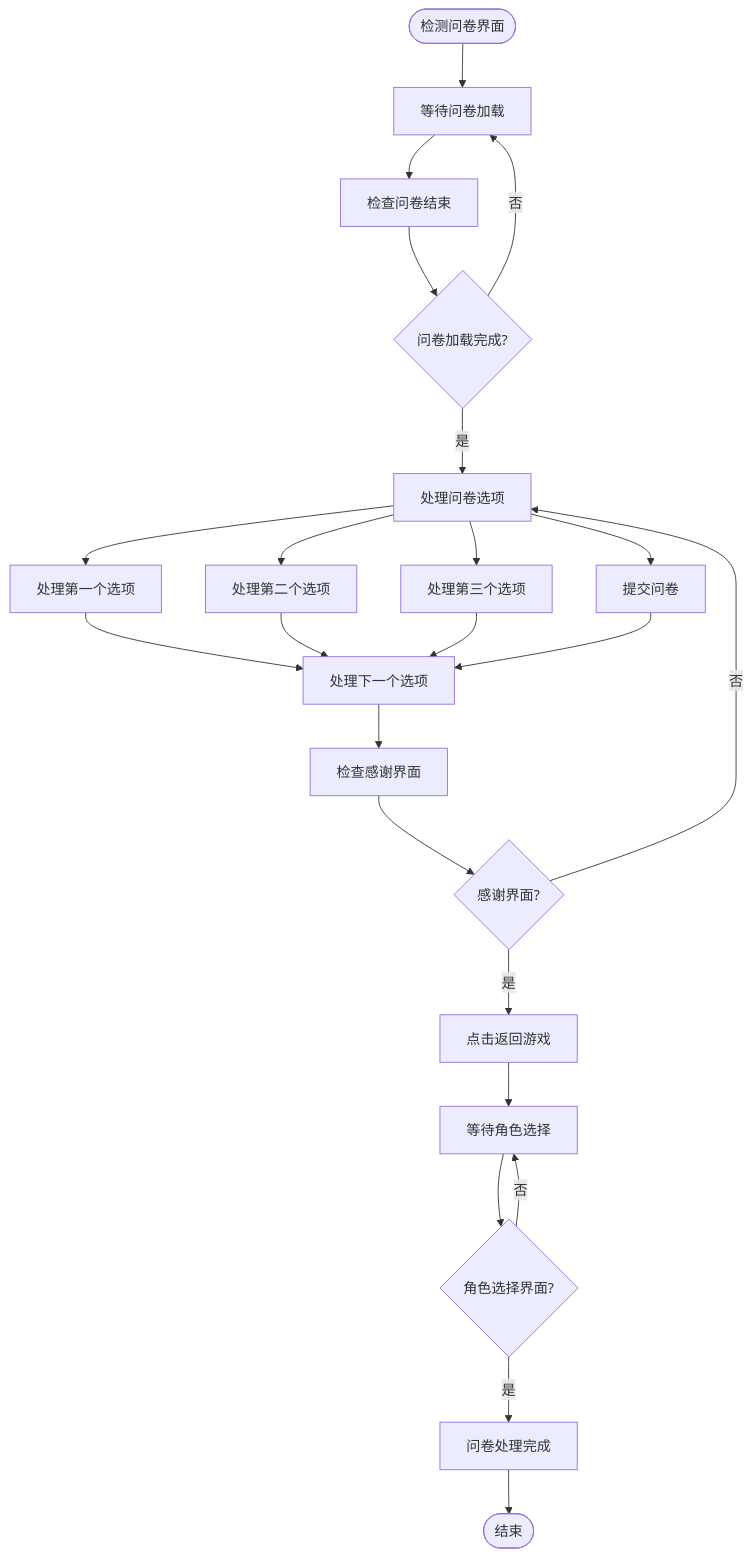
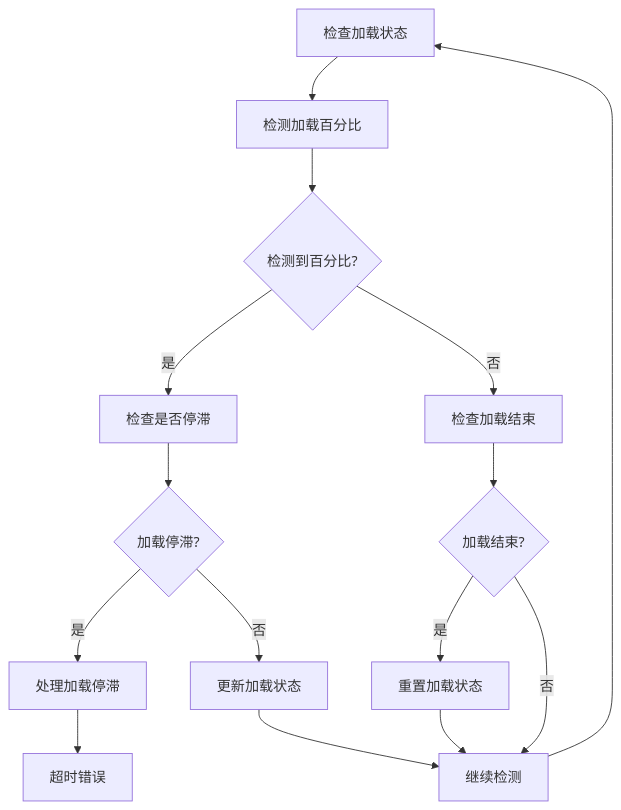
The seventh of 8 diagrams in .qoder/repowiki/zh/content/任务系统/自动登录任务.md (xsy098-max/ok-jump), drawn with Mermaid before and after one commit. The commit also changed other lines of this file and 216 other files, not shown here.

````diff
--- a/.qoder/repowiki/zh/content/任务系统/自动登录任务.md
+++ b/.qoder/repowiki/zh/content/任务系统/自动登录任务.md
@@ -438,25 +299,17 @@
 ```mermaid
 flowchart TD
-Start([检测问卷界面]) --> WaitLoad[等待问卷加载]
-WaitLoad --> CheckEnd[检查问卷结束]
-CheckEnd --> Loaded{问卷加载完成?}
-Loaded --> |否| WaitLoad
-Loaded --> |是| ProcessOptions[处理问卷选项]
-ProcessOptions --> Option1[处理第一个选项]
-ProcessOptions --> Option2[处理第二个选项]
-ProcessOptions --> Option3[处理第三个选项]
-ProcessOptions --> Submit[提交问卷]
-Option1 --> NextOption[处理下一个选项]
-Option2 --> NextOption
-Option3 --> NextOption
-Submit --> NextOption
-NextOption --> CheckThanks[检查感谢界面]
-CheckThanks --> Thanks{感谢界面?}
-Thanks --> |否| ProcessOptions
-Thanks --> |是| ClickReturn[点击返回游戏]
-ClickReturn --> WaitCharacter[等待角色选择]
-WaitCharacter --> Character{角色选择界面?}
-Character --> |是| Complete[问卷处理完成]
-Character --> |否| WaitCharacter
-Complete --> End([结束])
+CheckLoading[检查加载状态] --> DetectPercentage[检测加载百分比]
+DetectPercentage --> PercentageFound{"检测到百分比?"}
+PercentageFound --> |是| CheckStuck[检查是否停滞]
+PercentageFound --> |否| CheckExit[检查加载结束]
+CheckStuck --> StuckDetected{"加载停滞?"}
+StuckDetected --> |是| HandleStuck[处理加载停滞]
+StuckDetected --> |否| UpdateState[更新加载状态]
+CheckExit --> LoadingEnd{"加载结束?"}
+LoadingEnd --> |是| ResetState[重置加载状态]
+LoadingEnd --> |否| ContinueLoop[继续检测]
+HandleStuck --> TimeoutError[超时错误]
+UpdateState --> ContinueLoop
+ResetState --> ContinueLoop
+ContinueLoop --> CheckLoading
 ```
````
